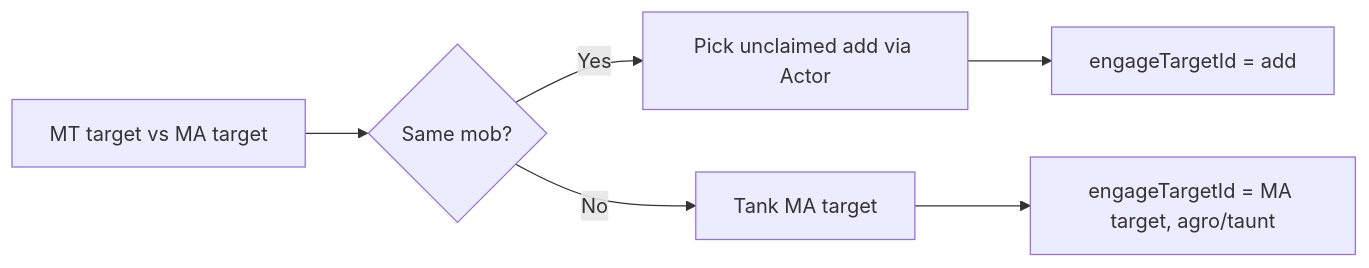
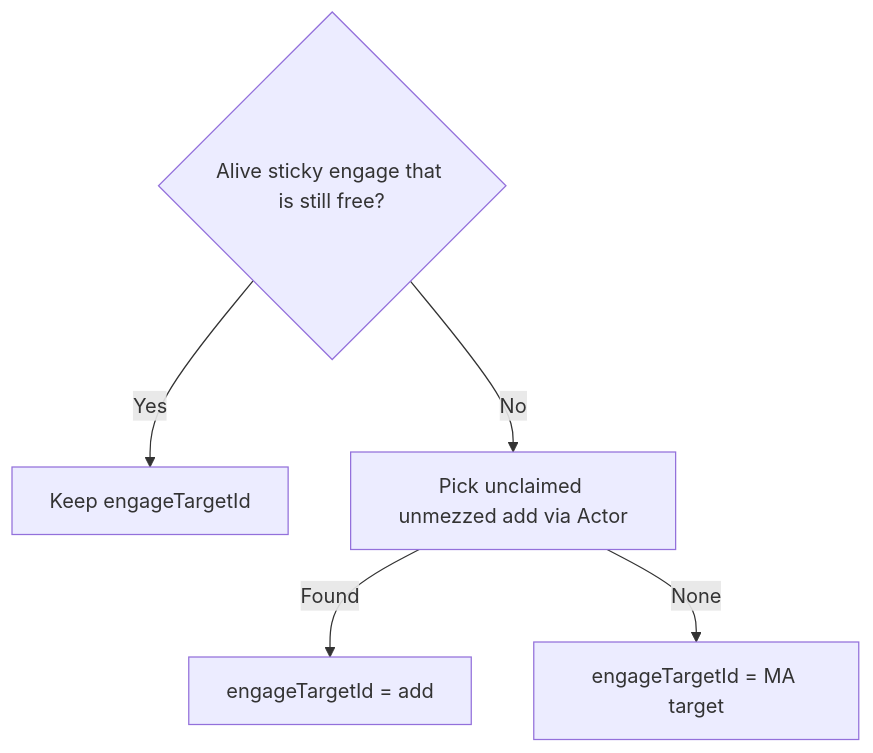
One commit to Cezero/czbot changed the diagram in docs/offtank-configuration.md. Above: the diagram before and after it, drawn with Mermaid. The commit also changed other lines of this file and 8 other files, not shown here.

````diff
--- a/docs/offtank-configuration.md
+++ b/docs/offtank-configuration.md
@@ -42,8 +42,8 @@
 ```mermaid
-flowchart LR
-    A[MT target vs MA target] --> B{Same mob?}
-    B -->|Yes| C[Pick unclaimed add via Actor]
-    B -->|No| D[Tank MA target]
-    C --> E[engageTargetId = add]
-    D --> F[engageTargetId = MA target, agro/taunt]
+flowchart TD
+    Sticky{Alive sticky engage that is still free?}
+    Sticky -->|Yes| Keep[Keep engageTargetId]
+    Sticky -->|No| PickAdd[Pick unclaimed unmezzed add via Actor]
+    PickAdd -->|Found| Claim[engageTargetId = add]
+    PickAdd -->|None| MaAssist[engageTargetId = MA target]
 ```
````
